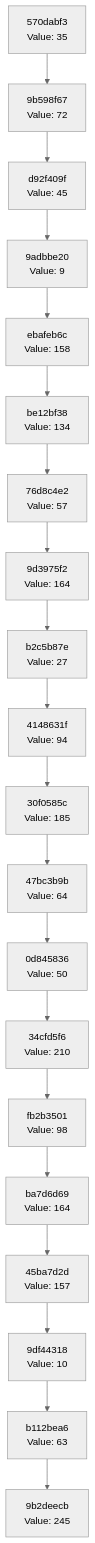
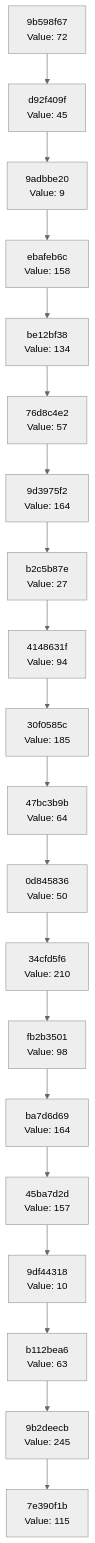
One commit to Abhisheksinha1506/hash-chain-evolver changed the diagram in docs/CHAIN_VISUALIZATION.md. Above: the diagram before and after it, drawn with Mermaid (neutral theme). The commit also changed 2 other files, not shown here.

Commit message:
Evolution Step

````diff
--- a/docs/CHAIN_VISUALIZATION.md
+++ b/docs/CHAIN_VISUALIZATION.md
@@ -3,42 +3,42 @@
 ```mermaid
 graph TD
-    C0["9b2deecb<br/>Value: 245"]
-    C1["b112bea6<br/>Value: 63"]
+    C0["7e390f1b<br/>Value: 115"]
+    C1["9b2deecb<br/>Value: 245"]
     C1 --> C0
-    C2["9df44318<br/>Value: 10"]
+    C2["b112bea6<br/>Value: 63"]
     C2 --> C1
-    C3["45ba7d2d<br/>Value: 157"]
+    C3["9df44318<br/>Value: 10"]
     C3 --> C2
-    C4["ba7d6d69<br/>Value: 164"]
+    C4["45ba7d2d<br/>Value: 157"]
     C4 --> C3
-    C5["fb2b3501<br/>Value: 98"]
+    C5["ba7d6d69<br/>Value: 164"]
     C5 --> C4
-    C6["34cfd5f6<br/>Value: 210"]
+    C6["fb2b3501<br/>Value: 98"]
     C6 --> C5
-    C7["0d845836<br/>Value: 50"]
+    C7["34cfd5f6<br/>Value: 210"]
     C7 --> C6
-    C8["47bc3b9b<br/>Value: 64"]
+    C8["0d845836<br/>Value: 50"]
     C8 --> C7
-    C9["30f0585c<br/>Value: 185"]
+    C9["47bc3b9b<br/>Value: 64"]
     C9 --> C8
-    C10["4148631f<br/>Value: 94"]
+    C10["30f0585c<br/>Value: 185"]
     C10 --> C9
-    C11["b2c5b87e<br/>Value: 27"]
+    C11["4148631f<br/>Value: 94"]
     C11 --> C10
-    C12["9d3975f2<br/>Value: 164"]
+    C12["b2c5b87e<br/>Value: 27"]
     C12 --> C11
-    C13["76d8c4e2<br/>Value: 57"]
+    C13["9d3975f2<br/>Value: 164"]
     C13 --> C12
-    C14["be12bf38<br/>Value: 134"]
+    C14["76d8c4e2<br/>Value: 57"]
     C14 --> C13
-    C15["ebafeb6c<br/>Value: 158"]
+    C15["be12bf38<br/>Value: 134"]
     C15 --> C14
-    C16["9adbbe20<br/>Value: 9"]
+    C16["ebafeb6c<br/>Value: 158"]
     C16 --> C15
-    C17["d92f409f<br/>Value: 45"]
+    C17["9adbbe20<br/>Value: 9"]
     C17 --> C16
-    C18["9b598f67<br/>Value: 72"]
+    C18["d92f409f<br/>Value: 45"]
     C18 --> C17
-    C19["570dabf3<br/>Value: 35"]
+    C19["9b598f67<br/>Value: 72"]
     C19 --> C18
 ```
````
